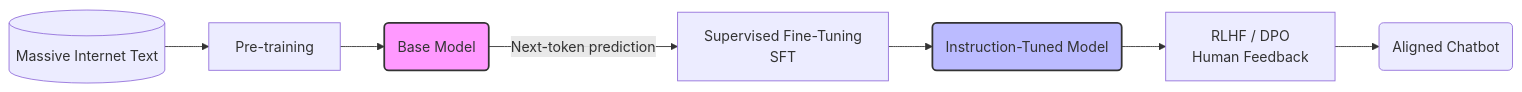
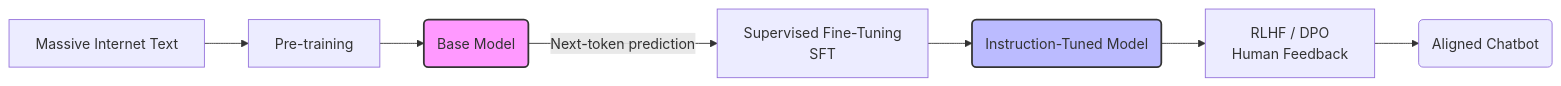
Before and after one commit to kythuatdulieu/kythuatdulieu.github.io: the diagram in src/content/docs/concepts/genai-ml/llm.md, drawn with Mermaid. The commit also changed other lines of this file and 175 other files, not shown here.

Commit message:
docs: content audit, correct Mermaid diagrams, fix external links, and auto-inject popovers

````diff
--- a/src/content/docs/concepts/genai-ml/llm.md
+++ b/src/content/docs/concepts/genai-ml/llm.md
@@ -53,12 +53,14 @@
 ```mermaid
 flowchart LR
-    A[(Massive Internet Text)] --> B[Pre-training]
-    B --> C(Base Model)
-    C -->|Next-token prediction| D[Supervised Fine-Tuning\nSFT]
-    D --> E(Instruction-Tuned Model)
-    E --> F[RLHF / DPO\nHuman Feedback]
-    F --> G(Aligned Chatbot)
+    A["Massive Internet Text"] --> B["Pre-training"]
+    B --> C("Base Model")
+    C -->|"Next-token prediction"| D["Supervised Fine-Tuning<br/>SFT"]
+    D --> E("Instruction-Tuned Model")
+    E --> F["RLHF / DPO<br/>Human Feedback"]
+    F --> G("Aligned Chatbot")
     
     style C fill:#f9f,stroke:#333,stroke-width:2px
     style E fill:#bbf,stroke:#333,stroke-width:2px
+
+
 ```
````
